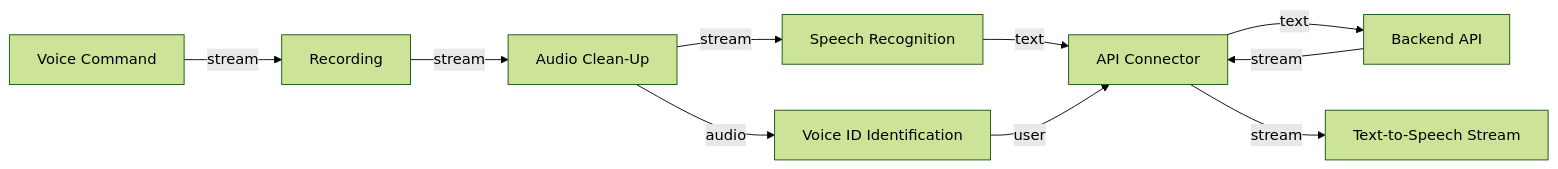
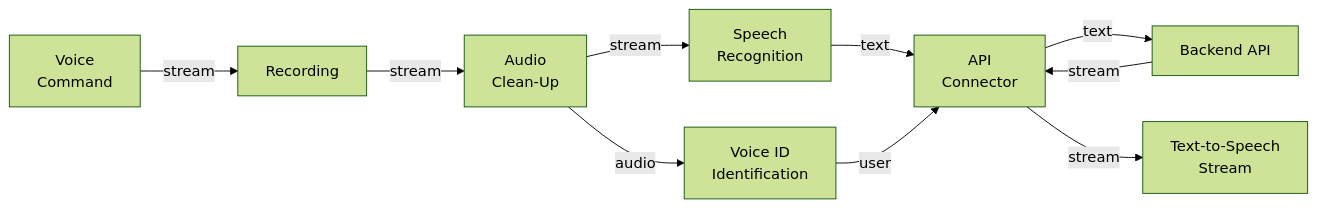
One commit to jamro/yova changed the second of 2 diagrams in README.md. Above: the diagram before and after it, drawn with Mermaid (forest theme).

Commit message:
add audio preprocessing

````diff
--- a/README.md
+++ b/README.md
@@ -47,14 +47,14 @@
 ```mermaid
     graph LR
-        VC[Voice Command] -->|stream| RS[Recording]
-        RS -->|stream| AC[Audio Clean-Up]
-        AC -->|stream| ASR[Speech Recognition]
-        AC -->|audio| VID[Voice ID Identification]
-        ASR -->|text| API[API Connector]
+        VC[Voice<br/> Command] -->|stream| RS[Recording]
+        RS -->|stream| AC[Audio<br/>Clean-Up]
+        AC -->|stream| ASR[Speech<br/>Recognition]
+        AC -->|audio| VID[Voice ID<br/>Identification]
+        ASR -->|text| API[API<br/>Connector]
         VID -->|user| API
 
         API -->|text| B[Backend API]
-        B[Backend API] -->|stream| API[API Connector]
+        B[Backend API] -->|stream| API
 
-        API -->|stream| TTS[Text-to-Speech Stream]  
+        API -->|stream| TTS[Text-to-Speech<br/>Stream]  
 ```
````
